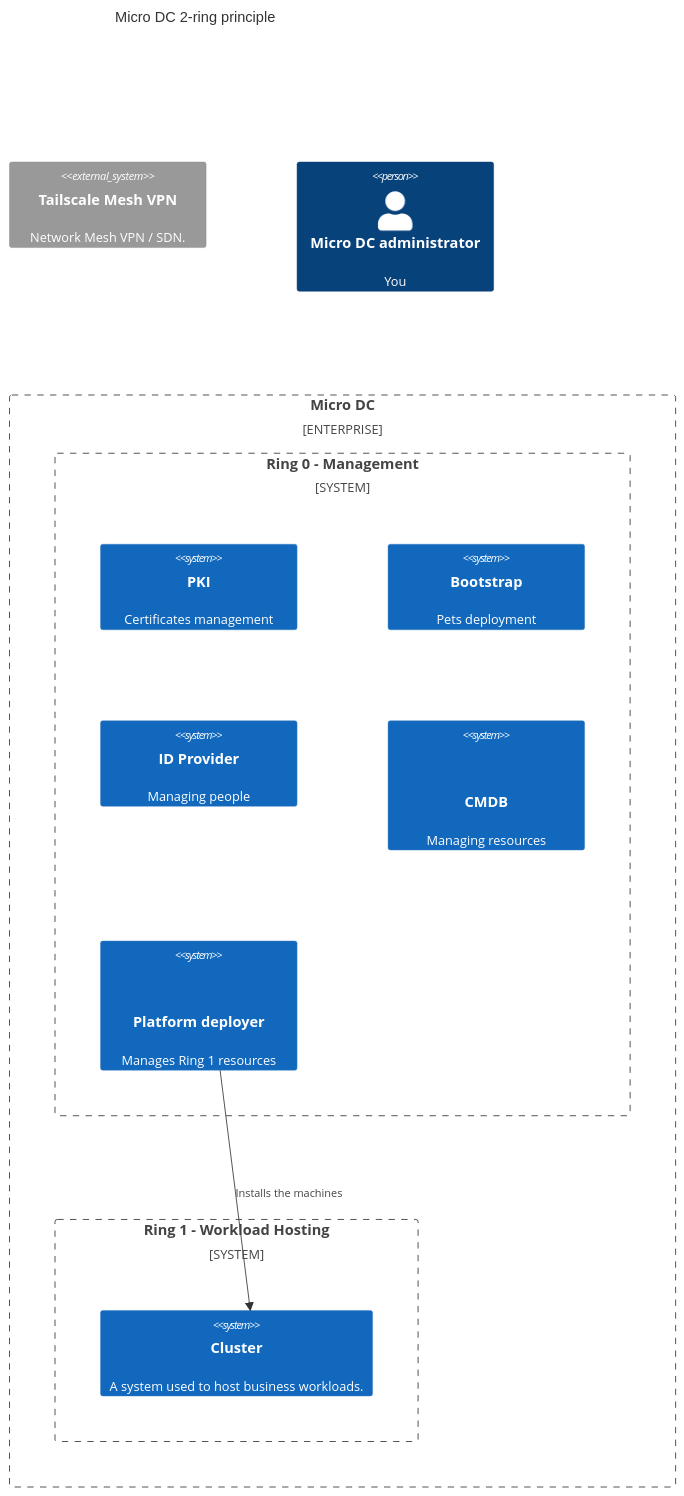
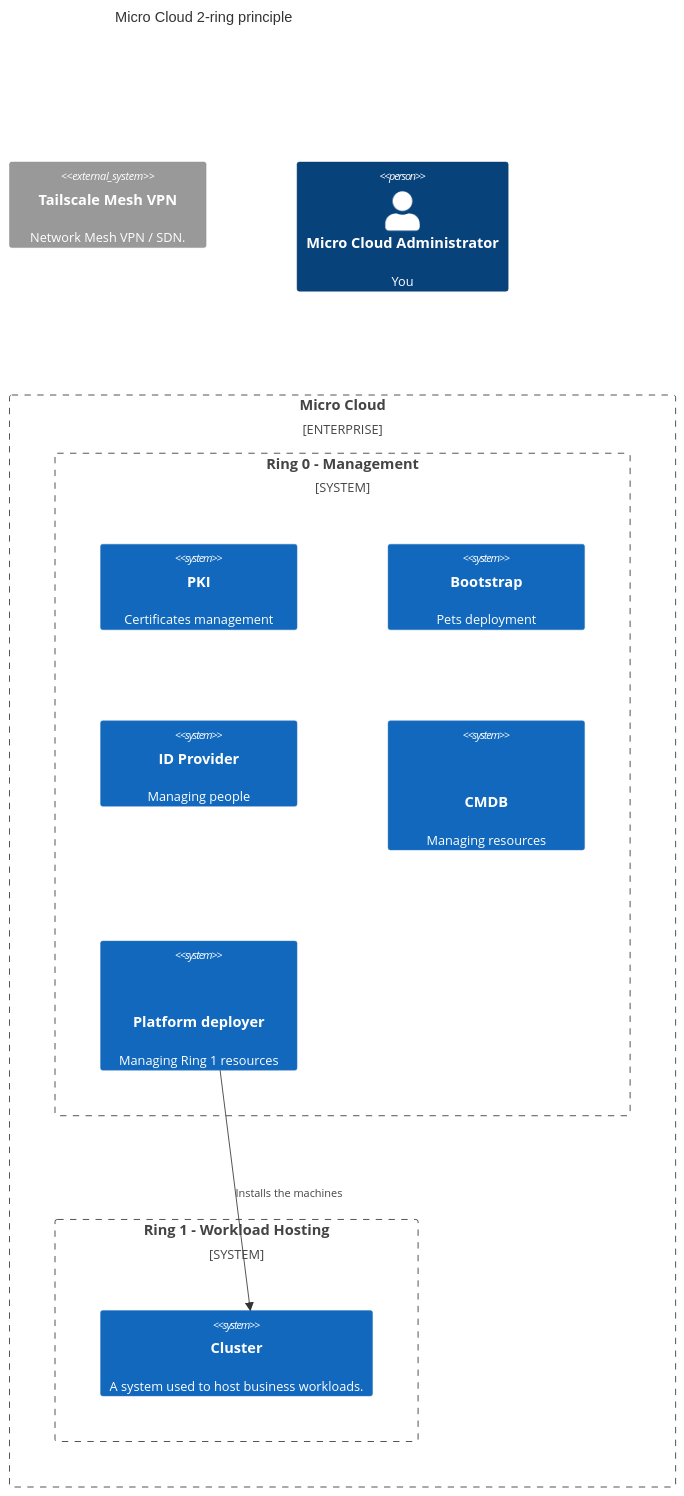
One commit to mgrzybek/micro-cloud changed the diagram in README.md. Above: the diagram before and after it, drawn with Mermaid.

Commit message:
documentation - renaming micro dc into micro cloud

````diff
--- a/README.md
+++ b/README.md
@@ -13,26 +13,26 @@
 ```mermaid
 C4Context
-title Micro DC 2-ring principle
+title Micro Cloud 2-ring principle
 
 System_Ext(mesh, "Tailscale Mesh VPN", "Network Mesh VPN / SDN.")
-Person(admin, "Micro DC administrator", "You")
+Person(admin, "Micro Cloud Administrator", "You")
 
-Enterprise_Boundary(mdc, "Micro DC") {
+Enterprise_Boundary(mdc, "Micro Cloud") {
 
     System_Boundary(ring0, "Ring 0 - Management") {
         System(pki, "PKI", "Certificates management")
         System(bootstrap, "Bootstrap", "Pets deployment")
         System(id, "ID Provider", "Managing people")
         System(dcim, "CMDB", "Managing resources", "DCIM, IPAM")
-        System(deployment, "Platform deployer", "Manages Ring 1 resources", "Bare Metal as a Service")
+        System(deployment, "Platform deployer", "Managing Ring 1 resources", "Bare Metal as a Service")
     }
 
     System_Boundary(ring1, "Ring 1 - Workload Hosting") {
         System(cluster, "Cluster", "A system used to host business workloads.")
     }
 }
 
 Rel(deployment, cluster, "Installs the machines")
 
 UpdateLayoutConfig($c4ShapeInRow="3", $c4BoundaryInRow="1")
 ```
````
